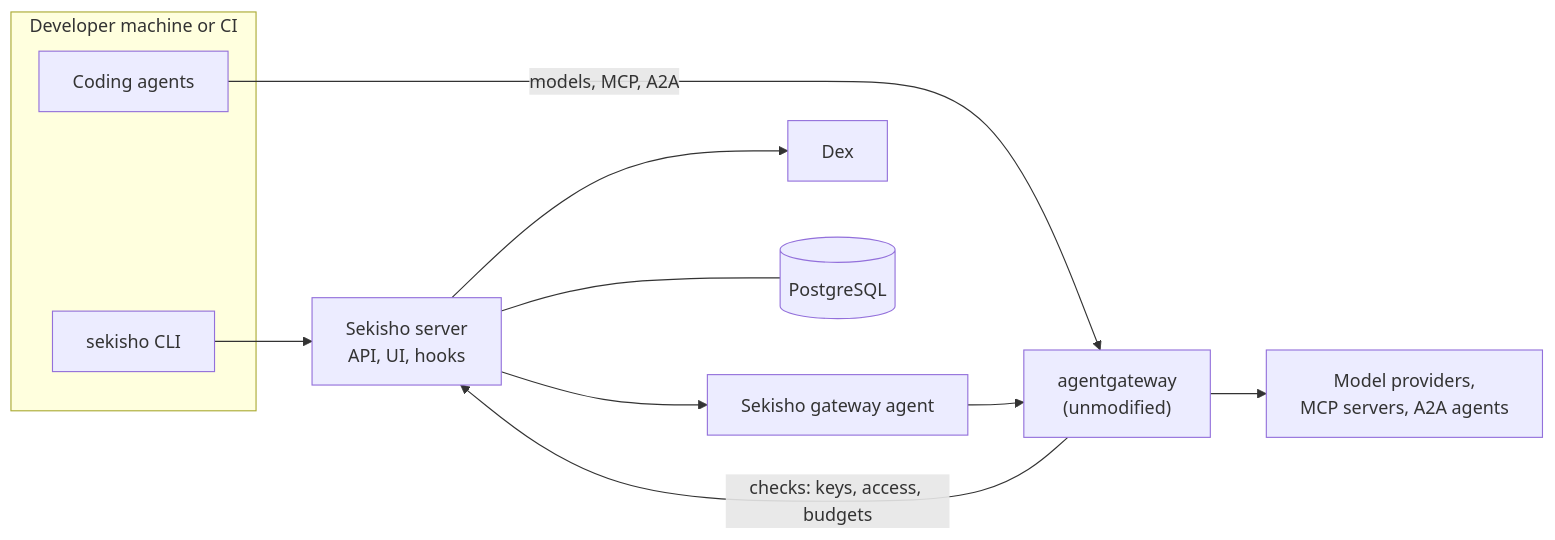
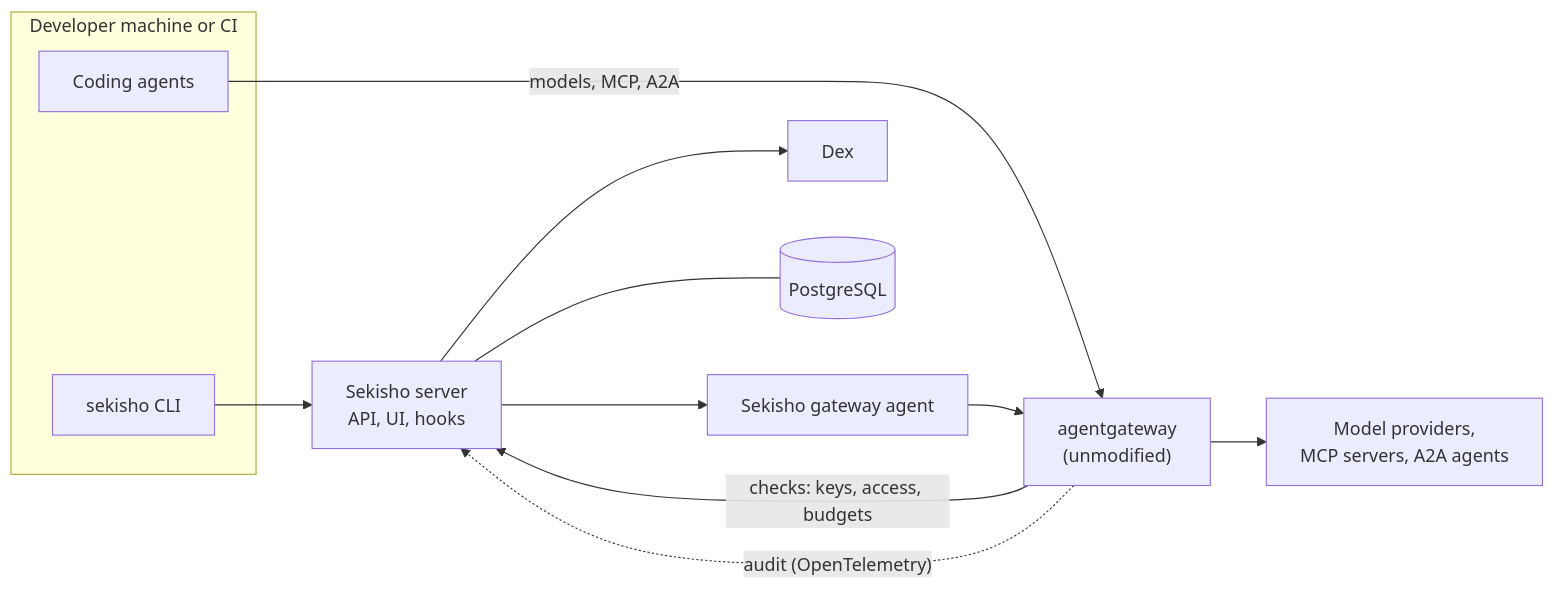
Before and after one commit to arindamchoudhury/sekisho: the diagram in README.md, drawn with Mermaid. The commit also changed other lines of this file and 1 other file, not shown here.

````diff
--- a/README.md
+++ b/README.md
@@ -43,21 +107,22 @@
 ```mermaid
 flowchart LR
     subgraph dev["Developer machine or CI"]
         CLI["sekisho CLI"]
         AG["Coding agents"]
     end
     AGW["agentgateway<br/>(unmodified)"]
     SK["Sekisho server<br/>API, UI, hooks"]
     GA["Sekisho gateway agent"]
     DEX["Dex"]
     PG[("PostgreSQL")]
     UP["Model providers,<br/>MCP servers, A2A agents"]
 
     CLI --> SK
     AG -- "models, MCP, A2A" --> AGW
     AGW -- "checks: keys, access, budgets" --> SK
+    AGW -. "audit (OpenTelemetry)" .-> SK
     SK --> GA --> AGW
     AGW --> UP
     SK --> DEX
     SK --- PG
 ```
````
